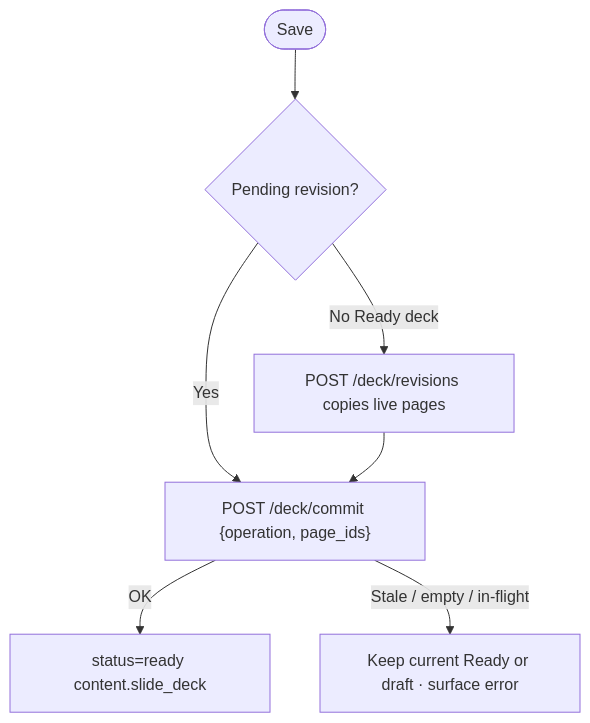
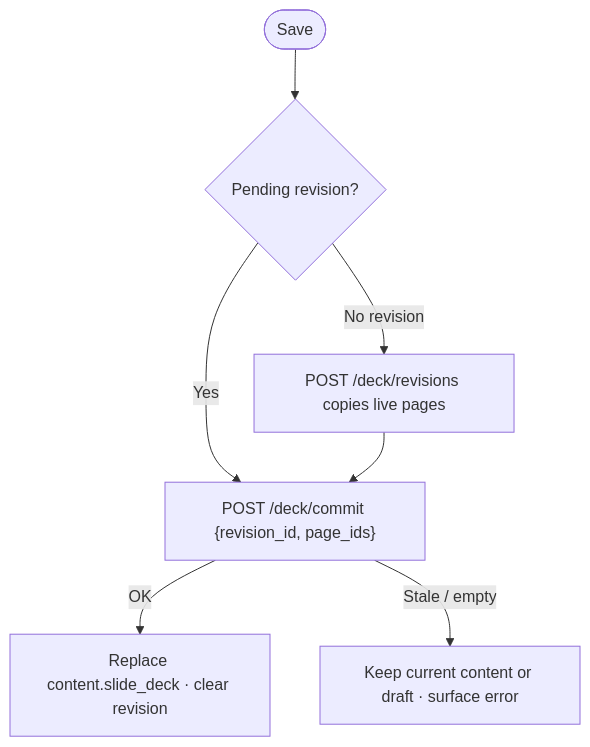
Before and after one commit to xilefmusics/worship_viewer: diagram 54 of 56 in docs/architecture/frontend-user-flows.md, drawn with Mermaid. The commit also changed other lines of this file and 62 other files, not shown here.

````diff
--- a/docs/architecture/frontend-user-flows.md
+++ b/docs/architecture/frontend-user-flows.md
@@ -920,9 +920,9 @@
 ```mermaid
 flowchart TD
     save(["Save"]) --> pending{Pending revision?}
-    pending -->|No Ready deck| begin["POST /deck/revisions copies live pages"]
-    pending -->|Yes| commit["POST /deck/commit {operation, page_ids}"]
+    pending -->|No revision| begin["POST /deck/revisions copies live pages"]
+    pending -->|Yes| commit["POST /deck/commit {revision_id, page_ids}"]
     begin --> commit
-    commit -->|OK| ready["status=ready content.slide_deck"]
-    commit -->|Stale / empty / in-flight| err["Keep current Ready or draft · surface error"]
+    commit -->|OK| ready["Replace content.slide_deck · clear revision"]
+    commit -->|Stale / empty| err["Keep current content or draft · surface error"]
 ```
````
